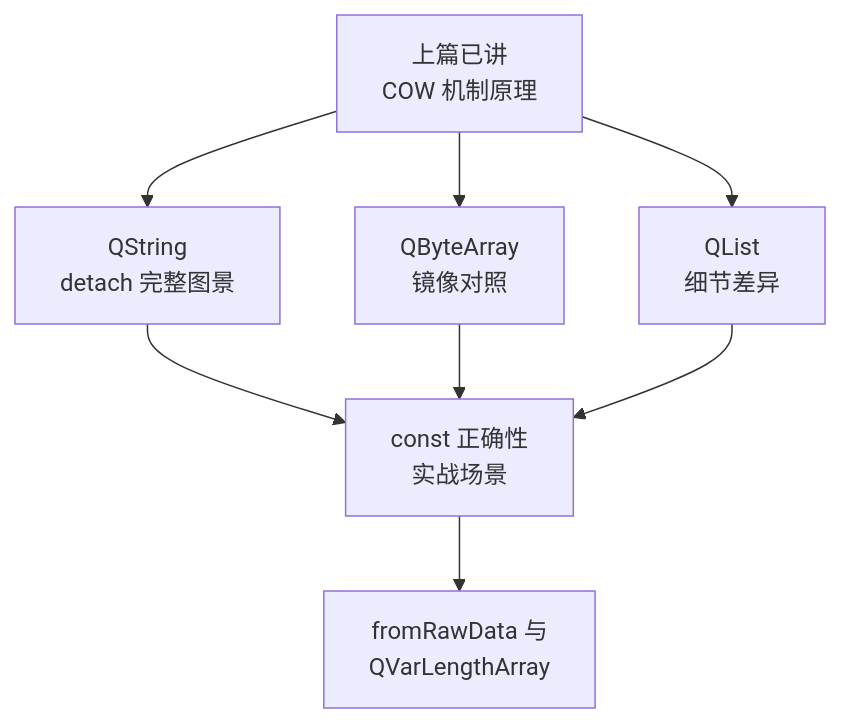
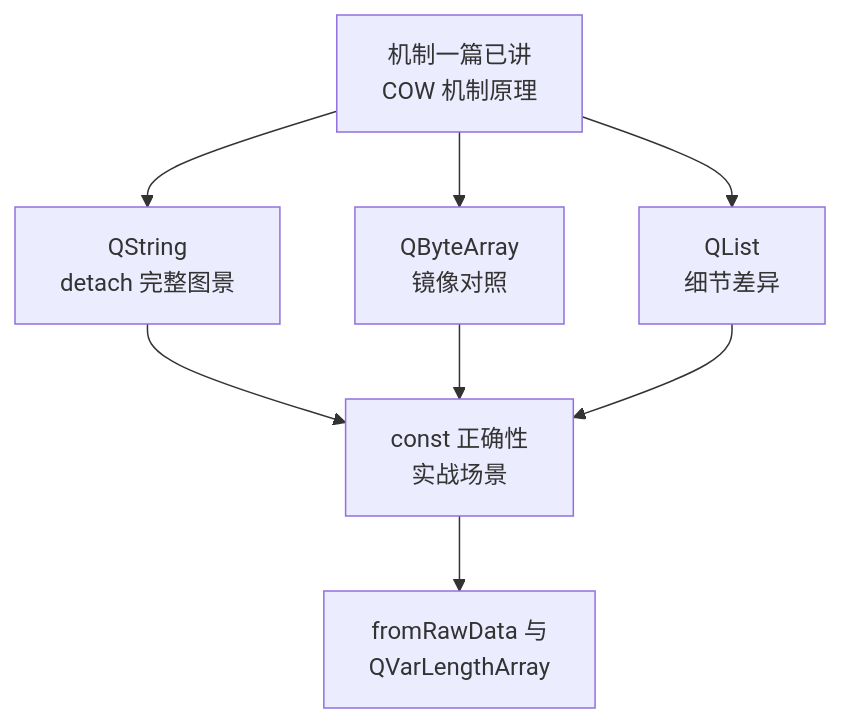
One commit to Awesome-Embedded-Learning-Studio/Tutorial_AwesomeQt changed the first of 3 diagrams in tutorial/expert/01-qtbase/04-cow-container-practice-expert.md. Above: the diagram before and after it, drawn with Mermaid. The commit also changed other lines of this file and 17 other files, not shown here.

````diff
--- a/tutorial/expert/01-qtbase/04-cow-container-practice-expert.md
+++ b/tutorial/expert/01-qtbase/04-cow-container-practice-expert.md
@@ -31,8 +32,8 @@
 ```mermaid
 flowchart TD
-    M["上篇已讲\nCOW 机制原理"] --> C1["QString\ndetach 完整图景"]
+    M["机制一篇已讲\nCOW 机制原理"] --> C1["QString\ndetach 完整图景"]
     M --> C2["QByteArray\n镜像对照"]
     M --> C3["QList\n细节差异"]
     C1 & C2 & C3 --> R["const 正确性\n实战场景"]
     R --> X["fromRawData 与\nQVarLengthArray"]
 ```
````
